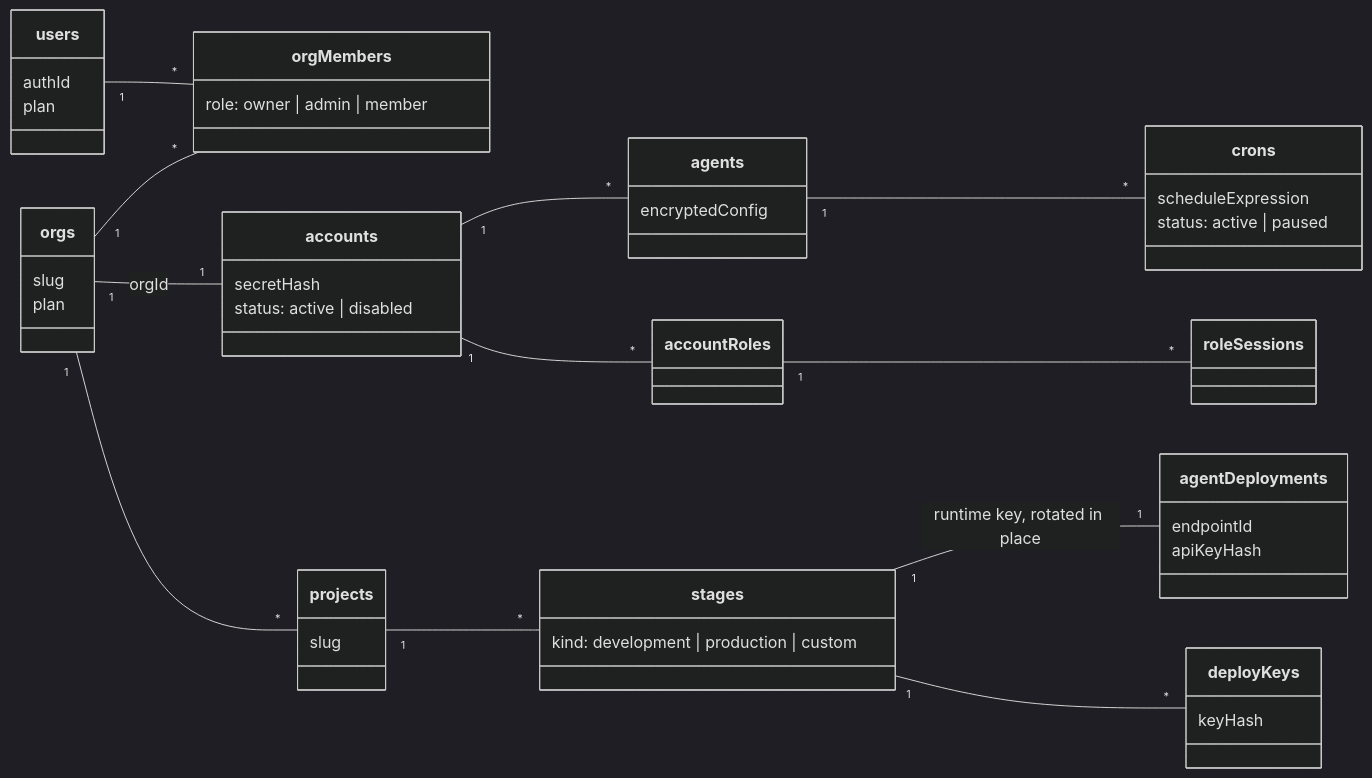
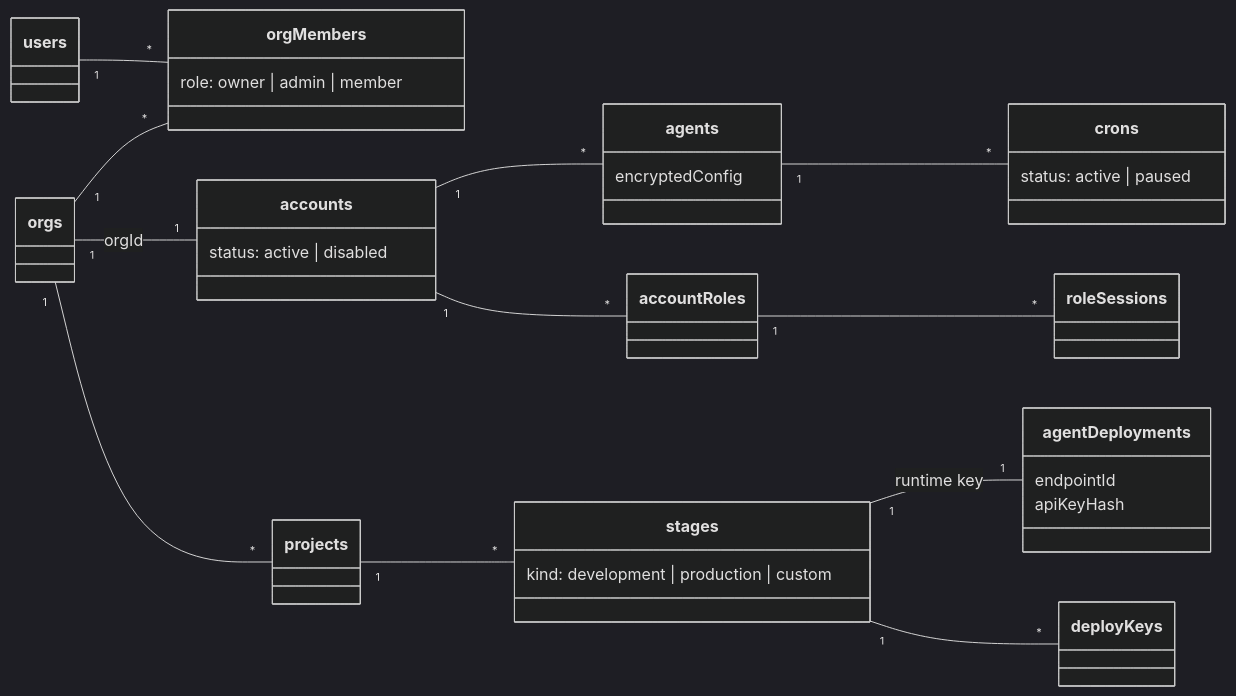
One commit to beeblastco/broods changed the tenth of 11 diagrams in apps/docs/docs/internals/architecture.md. Above: the diagram before and after it, drawn with Mermaid (dark theme). The commit also changed other lines of this file and 22 other files, not shown here.

First line of the commit message:
docs: fold the Cloudflare pages into their sections, rewrite internals diagram-first (#1010)

````diff
--- a/apps/docs/docs/internals/architecture.md
+++ b/apps/docs/docs/internals/architecture.md
@@ -266,53 +318,41 @@
 ```mermaid
 classDiagram
   direction LR
-  class users {
-    authId
-    plan
-  }
-  class orgs {
-    slug
-    plan
-  }
+  class users
+  class orgs
   class orgMembers {
     role: owner | admin | member
   }
   class accounts {
-    secretHash
     status: active | disabled
   }
-  class projects {
-    slug
-  }
+  class projects
   class stages {
     kind: development | production | custom
   }
   class agentDeployments {
     endpointId
     apiKeyHash
   }
-  class deployKeys {
-    keyHash
-  }
+  class deployKeys
   class agents {
     encryptedConfig
   }
   class crons {
-    scheduleExpression
     status: active | paused
   }
   class accountRoles
   class roleSessions
 
   users "1" -- "*" orgMembers
   orgs "1" -- "*" orgMembers
   orgs "1" -- "1" accounts : orgId
   orgs "1" -- "*" projects
   projects "1" -- "*" stages
-  stages "1" -- "1" agentDeployments : runtime key, rotated in place
+  stages "1" -- "1" agentDeployments : runtime key
   stages "1" -- "*" deployKeys
   accounts "1" -- "*" agents
   agents "1" -- "*" crons
   accounts "1" -- "*" accountRoles
   accountRoles "1" -- "*" roleSessions
 ```
````
